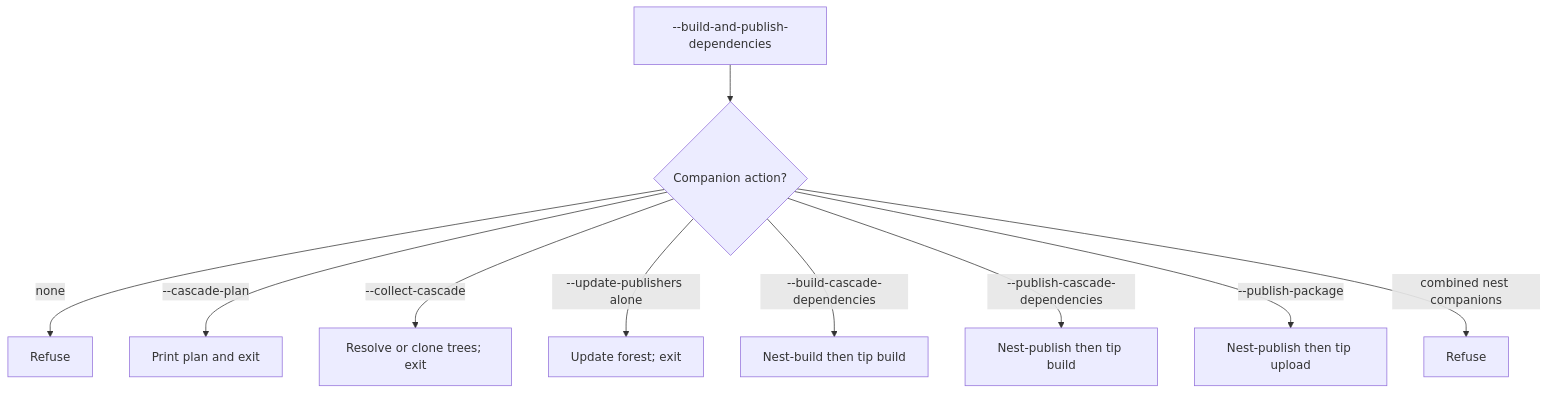
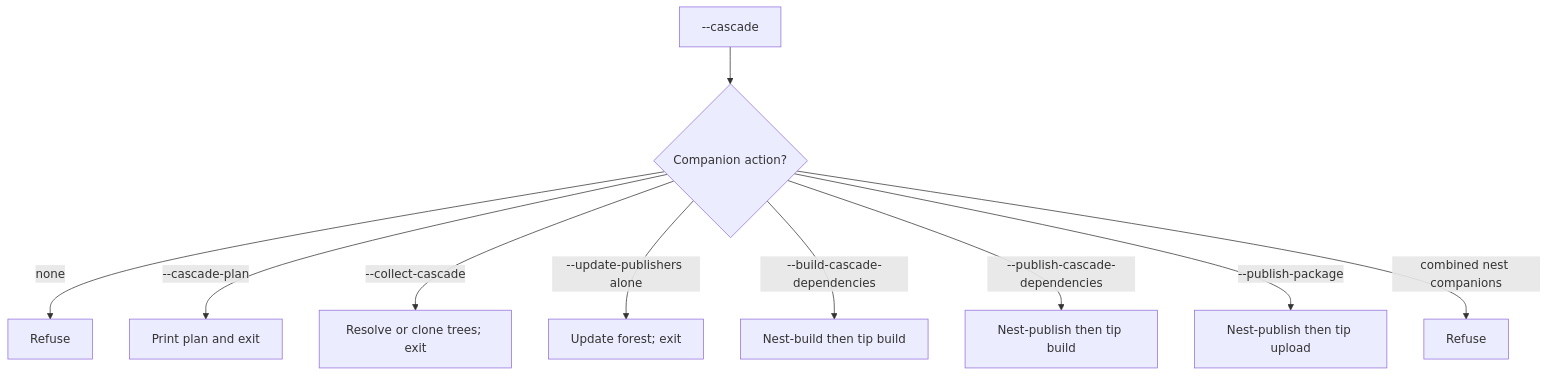
One commit to ja11sop/cuppa changed the first of 4 diagrams in docs/modules/ROOT/pages/dependencies/publishing/cascade.adoc. Above: the diagram before and after it, drawn with Mermaid. The commit also changed other lines of this file and 18 other files, not shown here.

First line of the commit message:
Add --cascade and deprecate the old cascade enable flag (#361)

```diff
--- a/docs/modules/ROOT/pages/dependencies/publishing/cascade.adoc
+++ b/docs/modules/ROOT/pages/dependencies/publishing/cascade.adoc
@@ -74,14 +80,14 @@
 [mermaid]
 ....
 flowchart TD
-  enable["--build-and-publish-dependencies"]
+  enable["--cascade"]
   enable --> choose{Companion action?}
   choose -->|none| refuse[Refuse]
   choose -->|--cascade-plan| plan[Print plan and exit]
   choose -->|--collect-cascade| collect[Resolve or clone trees; exit]
   choose -->|--update-publishers alone| update[Update forest; exit]
   choose -->|--build-cascade-dependencies| nestBuildOnly[Nest-build then tip build]
   choose -->|--publish-cascade-dependencies| nestPublishBuild[Nest-publish then tip build]
   choose -->|--publish-package| nestUpload[Nest-publish then tip upload]
   choose -->|combined nest companions| refuseBoth[Refuse]
 ....
```
